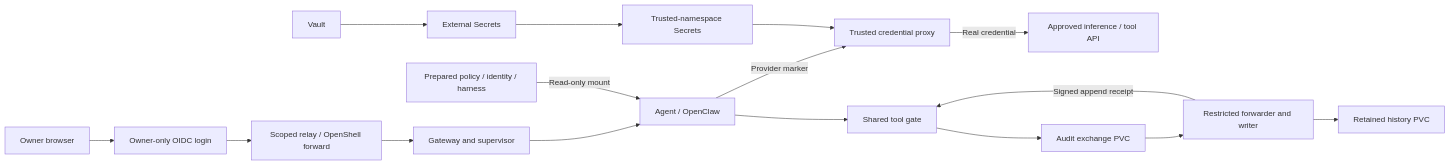
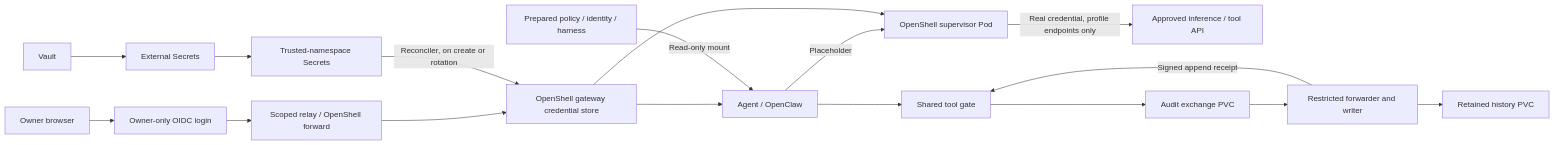
One commit to validatedpatterns-sandbox/secure-agent-workspace changed the fourth of 4 diagrams in docs/container-workspaces.md. Above: the diagram before and after it, drawn with Mermaid. The commit also changed other lines of this file and 12 other files, not shown here.

````diff
--- a/docs/container-workspaces.md
+++ b/docs/container-workspaces.md
@@ -221,18 +229,19 @@
 ```mermaid
 flowchart LR
   Browser[Owner browser] --> Login[Owner-only OIDC login]
   Login --> Relay[Scoped relay / OpenShell forward]
   Relay --> Gateway[Gateway and supervisor]
   Gateway --> Agent[Agent / OpenClaw]
-  Agent -->|Provider marker| Proxy[Trusted credential proxy]
+  Agent -->|Placeholder| Supervisor[OpenShell supervisor Pod]
   Vault[Vault] --> ESO[External Secrets]
   ESO --> Secrets[Trusted-namespace Secrets]
-  Secrets --> Proxy
-  Proxy -->|Real credential| Provider[Approved inference / tool API]
+  Secrets -->|Reconciler, on create or rotation| Gateway[OpenShell gateway credential store]
+  Gateway --> Supervisor
+  Supervisor -->|Real credential, profile endpoints only| Provider[Approved inference / tool API]
   Agent --> Gate[Shared tool gate]
   Gate --> Exchange[Audit exchange PVC]
   Exchange --> Writer[Restricted forwarder and writer]
   Writer --> History[Retained history PVC]
   Writer -->|Signed append receipt| Gate
   Policy[Prepared policy / identity / harness] -->|Read-only mount| Agent
 ```
````
